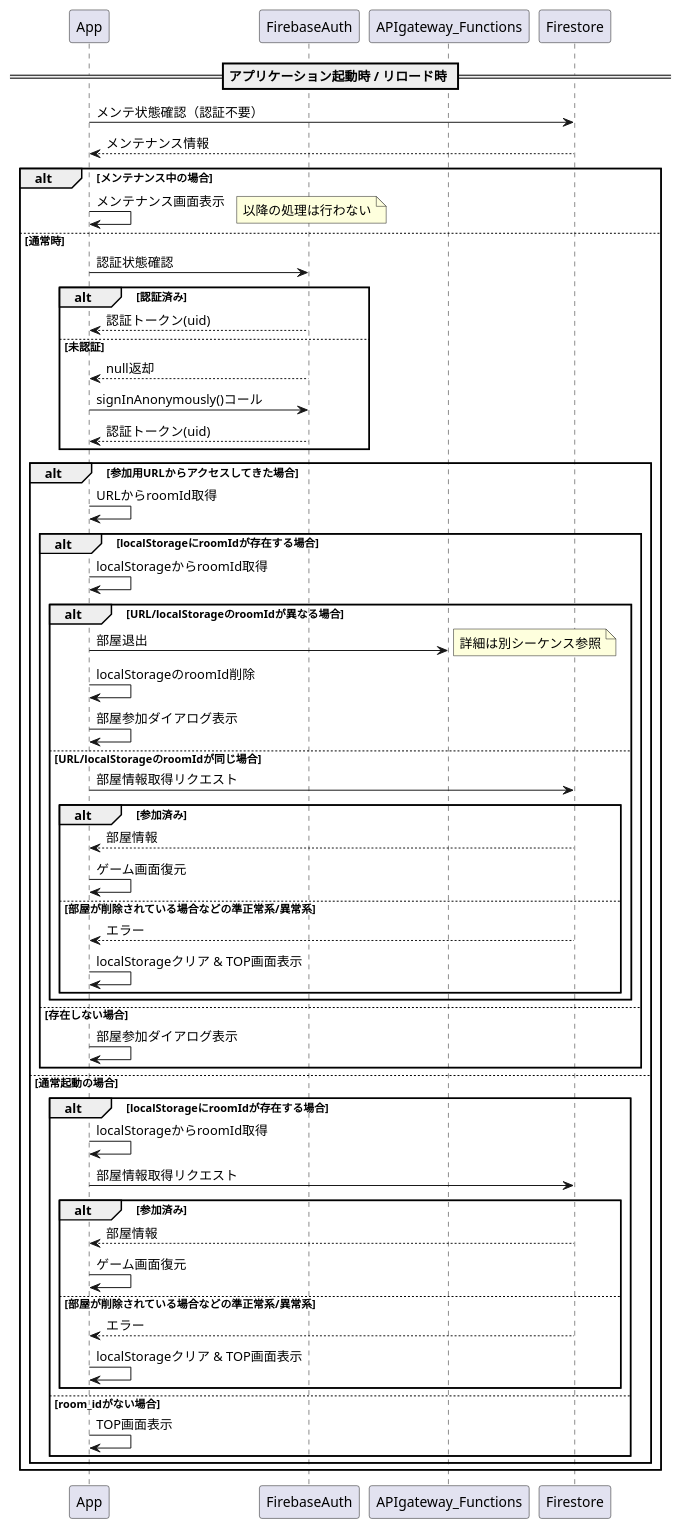
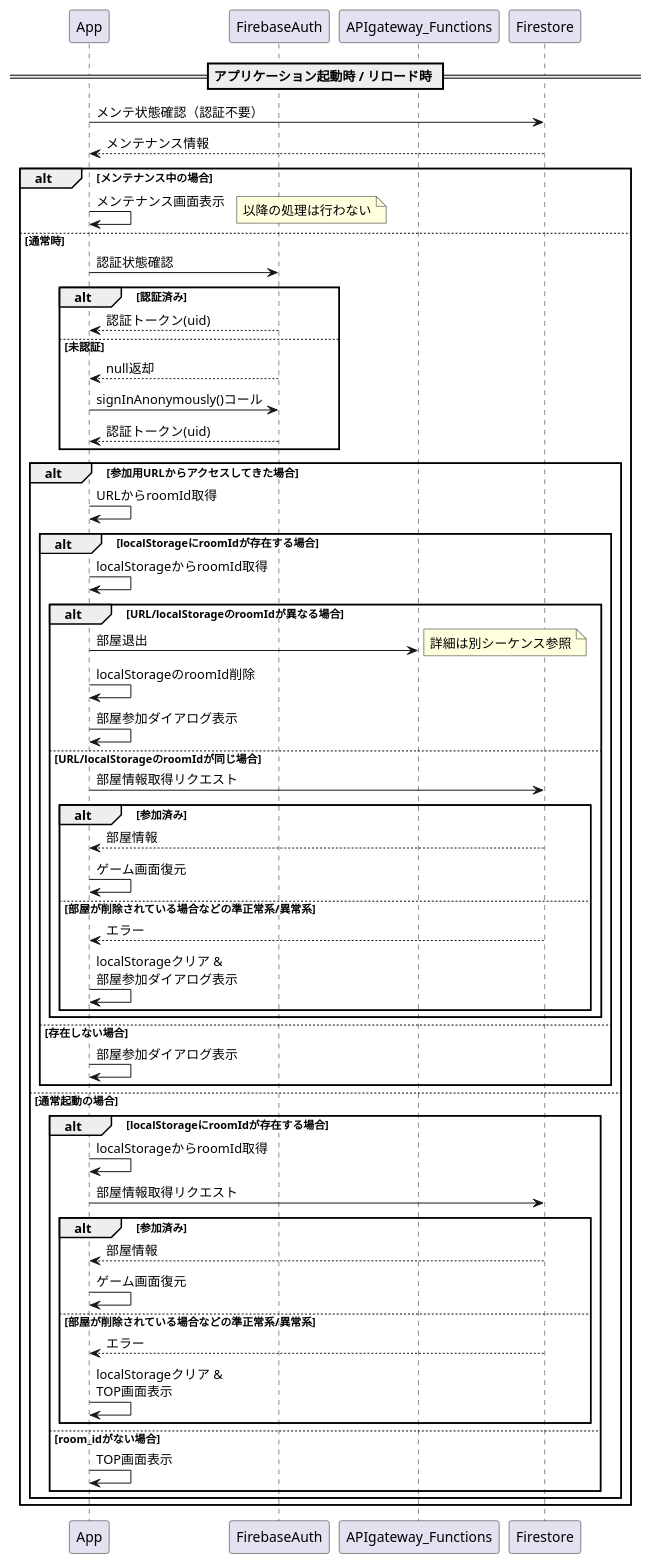
The diagram in doc/sequence/0000_auth.wsd (hi-okuma/bdghub), drawn with PlantUML before and after one commit. The commit also changed 46 other files, not shown here.

```diff
--- a/doc/sequence/0000_auth.wsd
+++ b/doc/sequence/0000_auth.wsd
@@ -1,63 +1,63 @@
 @startuml
 
 participant App
 participant FirebaseAuth
 participant APIgateway_Functions
 participant Firestore
 
 == アプリケーション起動時 / リロード時 ==
 App -> Firestore: メンテ状態確認（認証不要）
 App <-- Firestore: メンテナンス情報
 
 alt メンテナンス中の場合
     App -> App: メンテナンス画面表示
     note right: 以降の処理は行わない
 else 通常時
     App -> FirebaseAuth: 認証状態確認
     alt 認証済み
         App <-- FirebaseAuth: 認証トークン(uid)
     else 未認証
         App <-- FirebaseAuth: null返却
         App -> FirebaseAuth: signInAnonymously()コール
         App <-- FirebaseAuth: 認証トークン(uid)
     end
     alt 参加用URLからアクセスしてきた場合
         App -> App: URLからroomId取得
         alt localStorageにroomIdが存在する場合
             App -> App: localStorageからroomId取得
             alt  URL/localStorageのroomIdが異なる場合
                 App -> APIgateway_Functions: 部屋退出
                 note right: 詳細は別シーケンス参照
                 App -> App: localStorageのroomId削除
                 App -> App: 部屋参加ダイアログ表示
             else URL/localStorageのroomIdが同じ場合
                 App -> Firestore: 部屋情報取得リクエスト
                 alt 参加済み
                     App <-- Firestore: 部屋情報
                     App -> App: ゲーム画面復元
                 else 部屋が削除されている場合などの準正常系/異常系
                     App <-- Firestore: エラー
-                    App -> App: localStorageクリア & TOP画面表示
+                    App -> App: localStorageクリア & \n部屋参加ダイアログ表示
                 end
             end
         else 存在しない場合
             App -> App: 部屋参加ダイアログ表示
         end
     else 通常起動の場合
         alt localStorageにroomIdが存在する場合
             App -> App: localStorageからroomId取得
             App -> Firestore: 部屋情報取得リクエスト
             alt 参加済み
                 App <-- Firestore: 部屋情報
                 App -> App: ゲーム画面復元
             else 部屋が削除されている場合などの準正常系/異常系
                 App <-- Firestore: エラー
-                App -> App: localStorageクリア & TOP画面表示
+                App -> App: localStorageクリア & \nTOP画面表示
             end
         else room_idがない場合
             App -> App: TOP画面表示
         end
     end
 end
 
 @enduml
```
